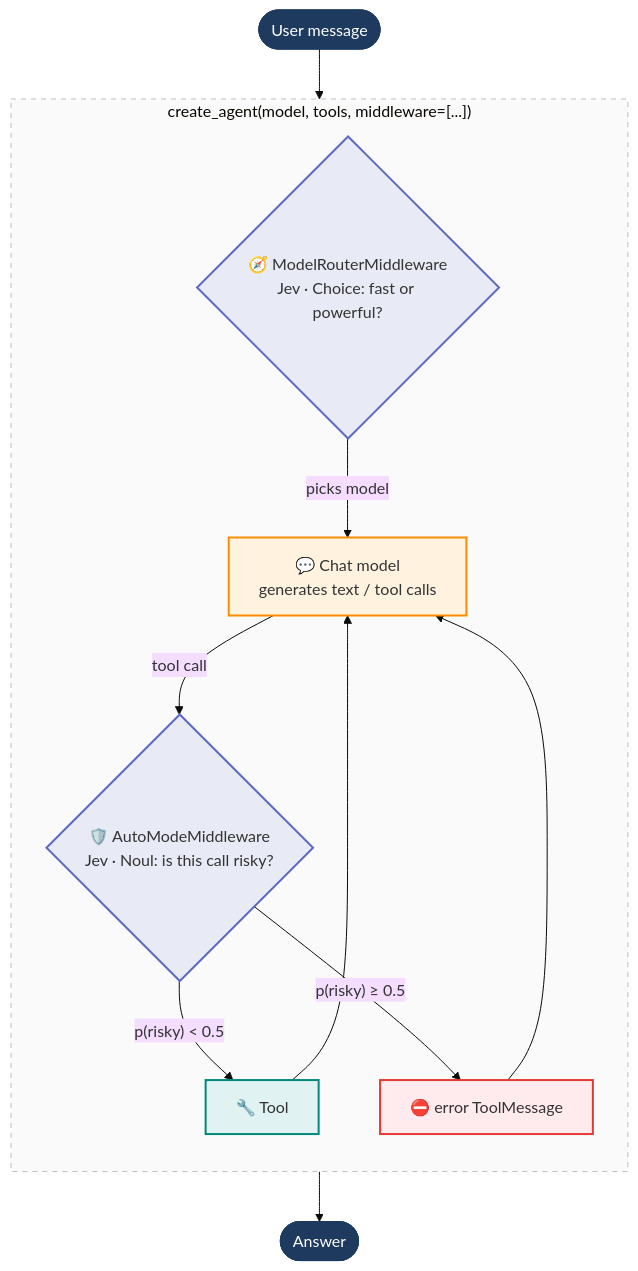
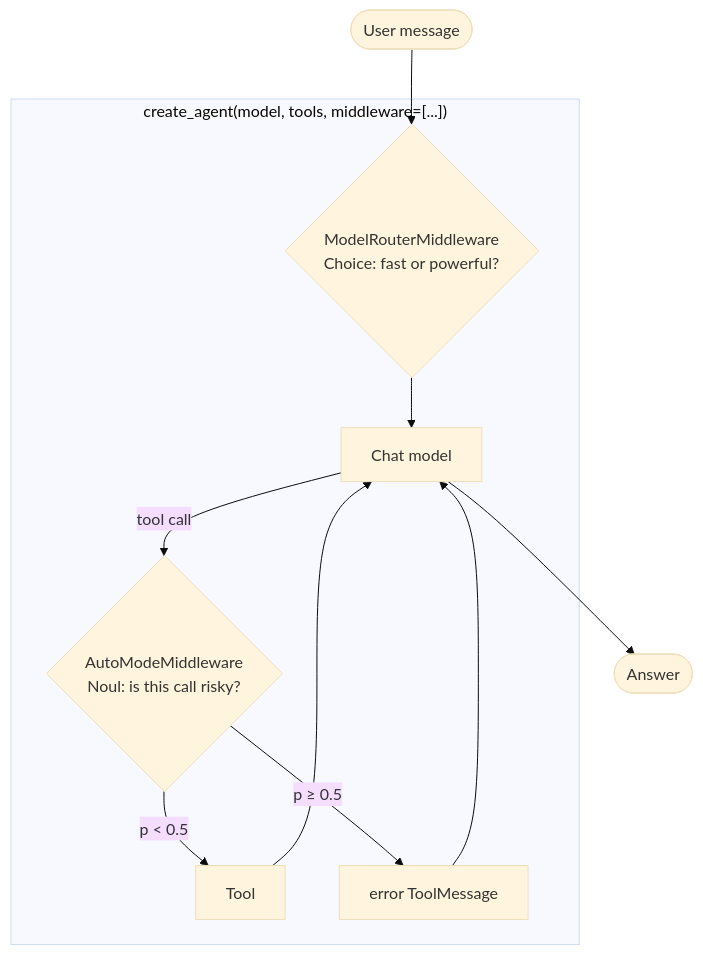
Before and after one commit to emarco177/langchain-course: the diagram in README.md, drawn with Mermaid (base theme). The commit also changed other lines of this file and 1 other file, not shown here.

````diff
--- a/README.md
+++ b/README.md
@@ -25,30 +8,18 @@
 ```mermaid
 graph TB
     User([User message]) --> Route
-
     subgraph Harness["create_agent(model, tools, middleware=[...])"]
-        direction TB
-        Route{"🧭 ModelRouterMiddleware<br/>Jev · Choice: fast or powerful?"}
-        Model["💬 Chat model<br/>generates text / tool calls"]
-        Gate{"🛡️ AutoModeMiddleware<br/>Jev · Noul: is this call risky?"}
-        Tool["🔧 Tool"]
-        Blocked["⛔ error ToolMessage"]
+        Route{"ModelRouterMiddleware<br/>Choice: fast or powerful?"}
+        Model["Chat model"]
+        Gate{"AutoModeMiddleware<br/>Noul: is this call risky?"}
+        Tool["Tool"]
+        Blocked["error ToolMessage"]
     end
-
-    Route -->|"picks model"| Model
-    Model -->|"tool call"| Gate
-    Gate -->|"p(risky) < 0.5"| Tool
-    Gate -->|"p(risky) ≥ 0.5"| Blocked
+    Route --> Model
+    Model -->|tool call| Gate
+    Gate -->|"p < 0.5"| Tool
+    Gate -->|"p ≥ 0.5"| Blocked
     Tool --> Model
     Blocked --> Model
     Model --> Answer([Answer])
-
-    style User fill:#1e3a5f,stroke:#1e3a5f,color:#fff
-    style Answer fill:#1e3a5f,stroke:#1e3a5f,color:#fff
-    style Route fill:#e8eaf6,stroke:#5c6bc0,stroke-width:2px
-    style Gate fill:#e8eaf6,stroke:#5c6bc0,stroke-width:2px
-    style Model fill:#fff3e0,stroke:#fb8c00,stroke-width:2px
-    style Tool fill:#e0f2f1,stroke:#00897b,stroke-width:2px
-    style Blocked fill:#ffebee,stroke:#e53935,stroke-width:2px
-    style Harness fill:#fafafa,stroke:#bdbdbd,stroke-width:1px,stroke-dasharray: 5 5
 ```
````
